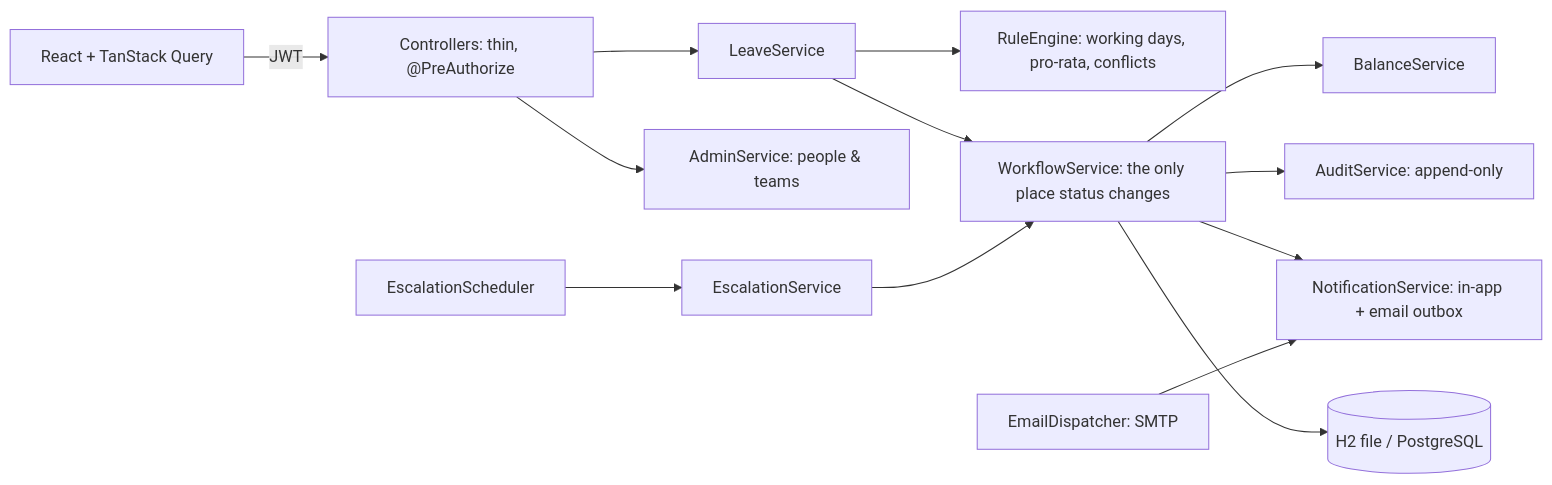
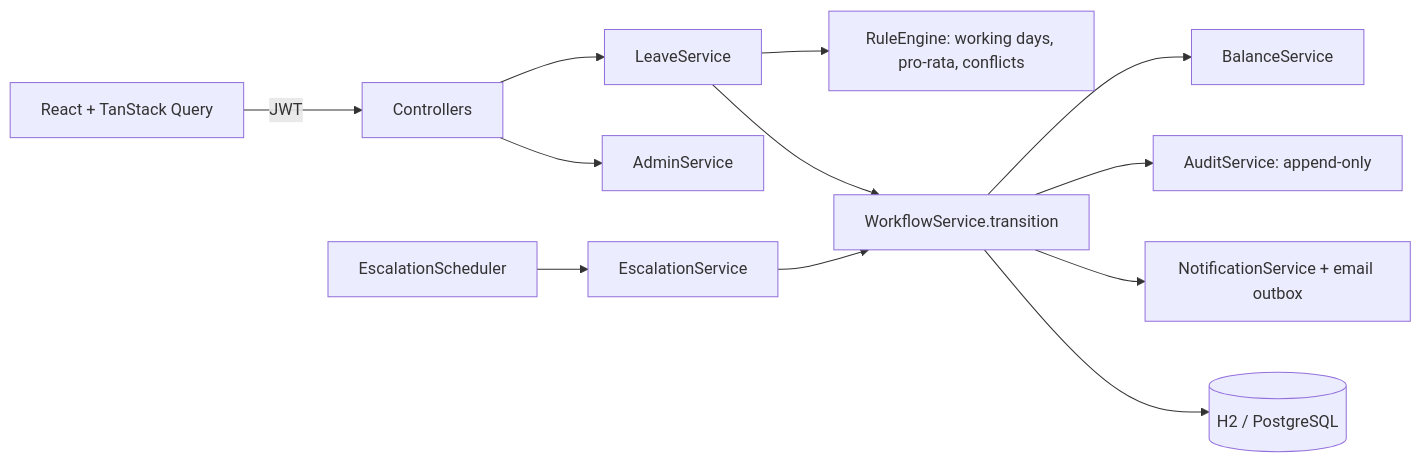
Before and after one commit to deepankumar-dev/leaveflow: the diagram in README.md, drawn with Mermaid. The commit also changed other lines of this file and 1 other file, not shown here.

Commit message:
Docs: demo-first README, rules reference, architecture, 5-minute demo script

````diff
--- a/README.md
+++ b/README.md
@@ -78,14 +86,13 @@
 ```mermaid
 flowchart LR
-  UI[React + TanStack Query] -->|JWT| API[Controllers: thin, @PreAuthorize]
+  UI[React + TanStack Query] -->|JWT| API[Controllers]
   API --> LS[LeaveService]
-  API --> AD[AdminService: people & teams]
+  API --> AD[AdminService]
   LS --> RE[RuleEngine: working days, pro-rata, conflicts]
-  LS --> WF[WorkflowService: the only place status changes]
+  LS --> WF[WorkflowService.transition]
   ESC[EscalationScheduler] --> ES[EscalationService] --> WF
   WF --> BAL[BalanceService]
   WF --> AUD[AuditService: append-only]
-  WF --> NOT[NotificationService: in-app + email outbox]
-  MAIL[EmailDispatcher: SMTP] --> NOT
-  WF --> DB[(H2 file / PostgreSQL)]
+  WF --> NOT[NotificationService + email outbox]
+  WF --> DB[(H2 / PostgreSQL)]
 ```
````
